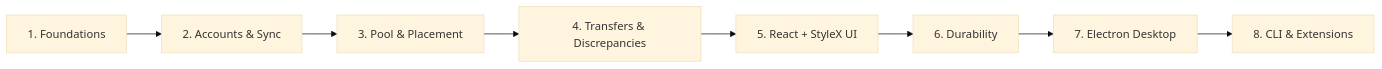
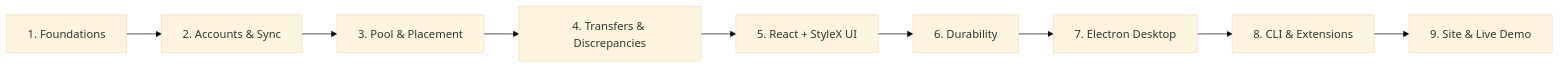
The third of 3 diagrams in docs/roadmap.md (4163/tsubasa-cloud), drawn with Mermaid (base theme) before and after one commit. The commit also changed other lines of this file and 1 other file, not shown here.

First line of the commit message:
Docs: align product summary and document site and demo

````diff
--- a/docs/roadmap.md
+++ b/docs/roadmap.md
@@ -117,10 +126,11 @@
 ```mermaid
 flowchart LR
     P1["1. Foundations"] --> P2["2. Accounts & Sync"]
     P2 --> P3["3. Pool & Placement"]
     P3 --> P4["4. Transfers & Discrepancies"]
     P4 --> P5["5. React + StyleX UI"]
     P5 --> P6["6. Durability"]
     P6 --> P7["7. Electron Desktop"]
     P7 --> P8["8. CLI & Extensions"]
+    P8 --> P9["9. Site & Live Demo"]
 ```
````
